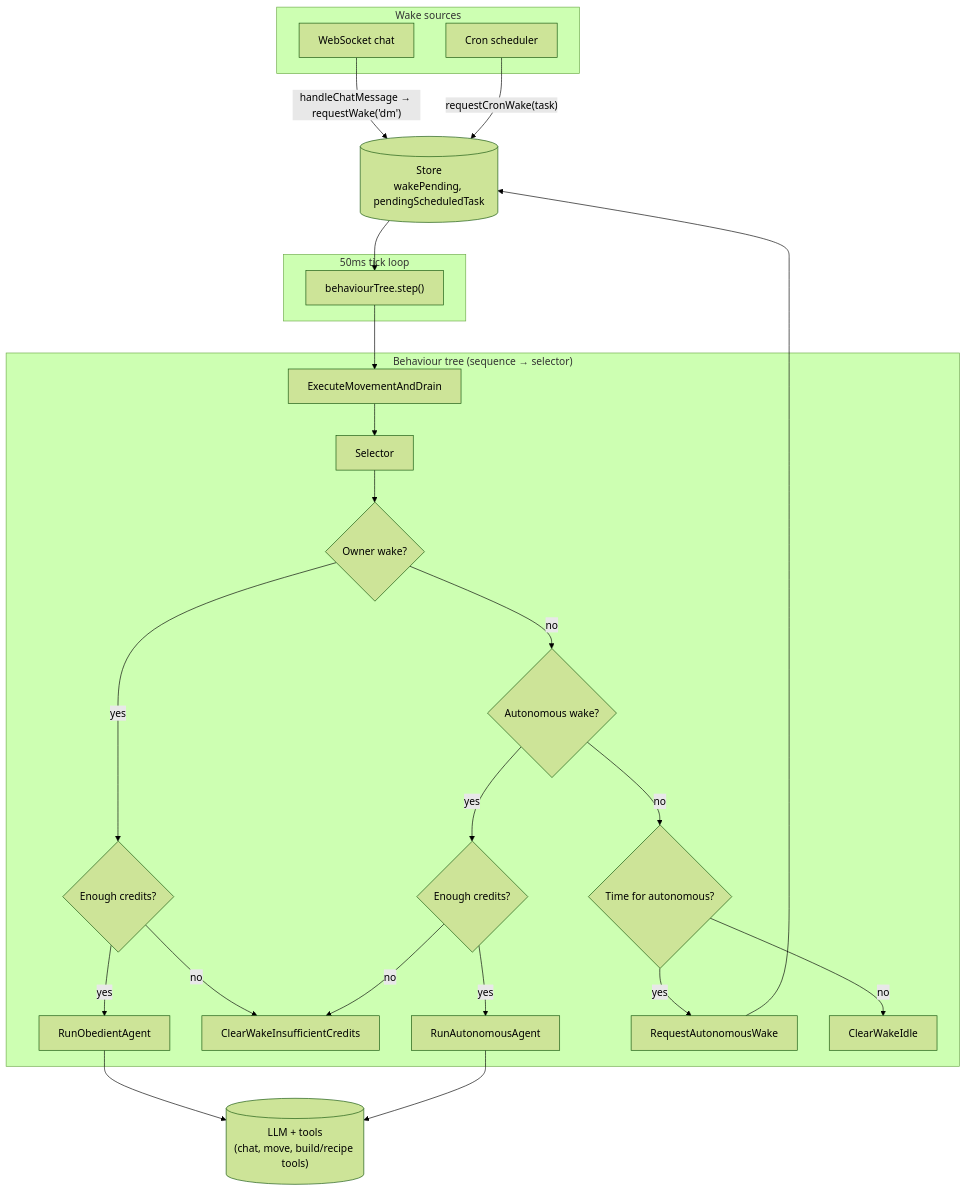
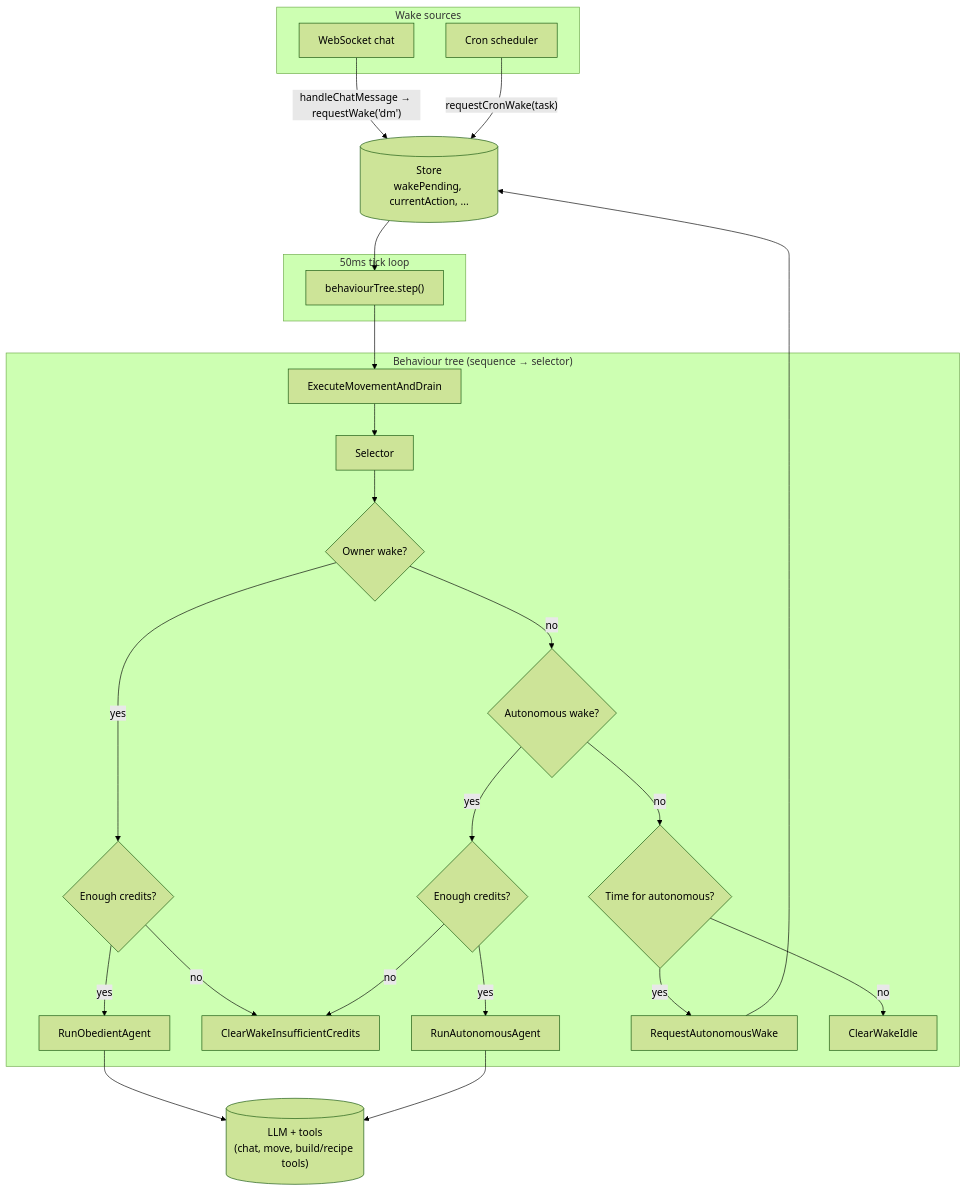
One commit to doppelfun/sdk changed the diagram in packages/claw/README.md. Above: the diagram before and after it, drawn with Mermaid (forest theme). The commit also changed other lines of this file and 26 other files, not shown here.

````diff
--- a/packages/claw/README.md
+++ b/packages/claw/README.md
@@ -102,37 +102,37 @@
 ```mermaid
 flowchart TB
   subgraph sources["Wake sources"]
     WS["WebSocket chat"]
     Cron["Cron scheduler"]
   end
 
-  Store[("Store\nwakePending, pendingScheduledTask")]
+  Store[("Store\nwakePending, currentAction, ...")]
 
   subgraph loop["50ms tick loop"]
     Step["behaviourTree.step()"]
   end
 
   subgraph tree["Behaviour tree (sequence → selector)"]
     Move["ExecuteMovementAndDrain"]
     Move --> Branch["Selector"]
     Branch --> O1{"Owner wake?"}
     O1 -->|yes| C1{"Enough credits?"}
     C1 -->|yes| Obedient["RunObedientAgent"]
     C1 -->|no| Clear["ClearWakeInsufficientCredits"]
     O1 -->|no| A1{"Autonomous wake?"}
     A1 -->|yes| C2{"Enough credits?"}
     C2 -->|yes| Autonomous["RunAutonomousAgent"]
     C2 -->|no| Clear
     A1 -->|no| T1{"Time for autonomous?"}
     T1 -->|yes| ReqAuto["RequestAutonomousWake"]
     T1 -->|no| Idle["ClearWakeIdle"]
   end
 
   WS -->|"handleChatMessage → requestWake('dm')"| Store
   Cron -->|"requestCronWake(task)"| Store
   ReqAuto --> Store
   Store --> Step
   Step --> Move
   Obedient --> LLM[("LLM + tools\n(chat, move, build/recipe tools)")]
   Autonomous --> LLM
 ```
````
